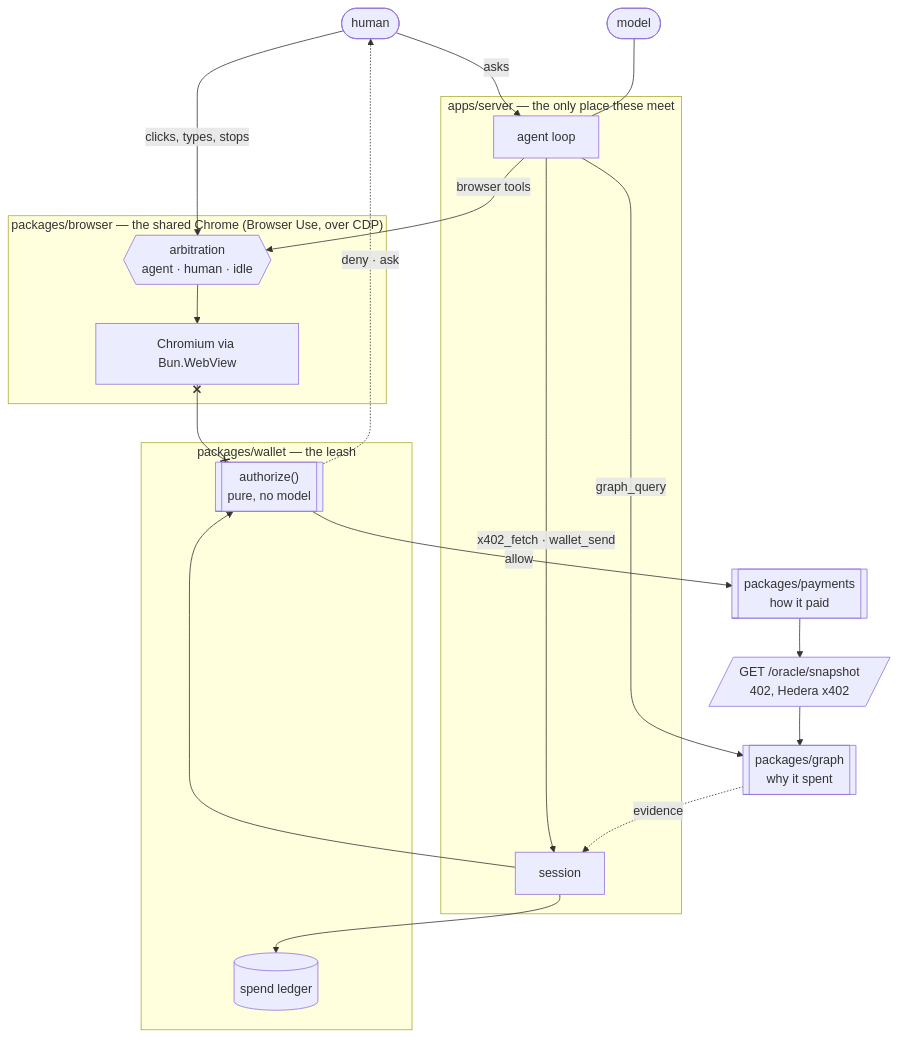
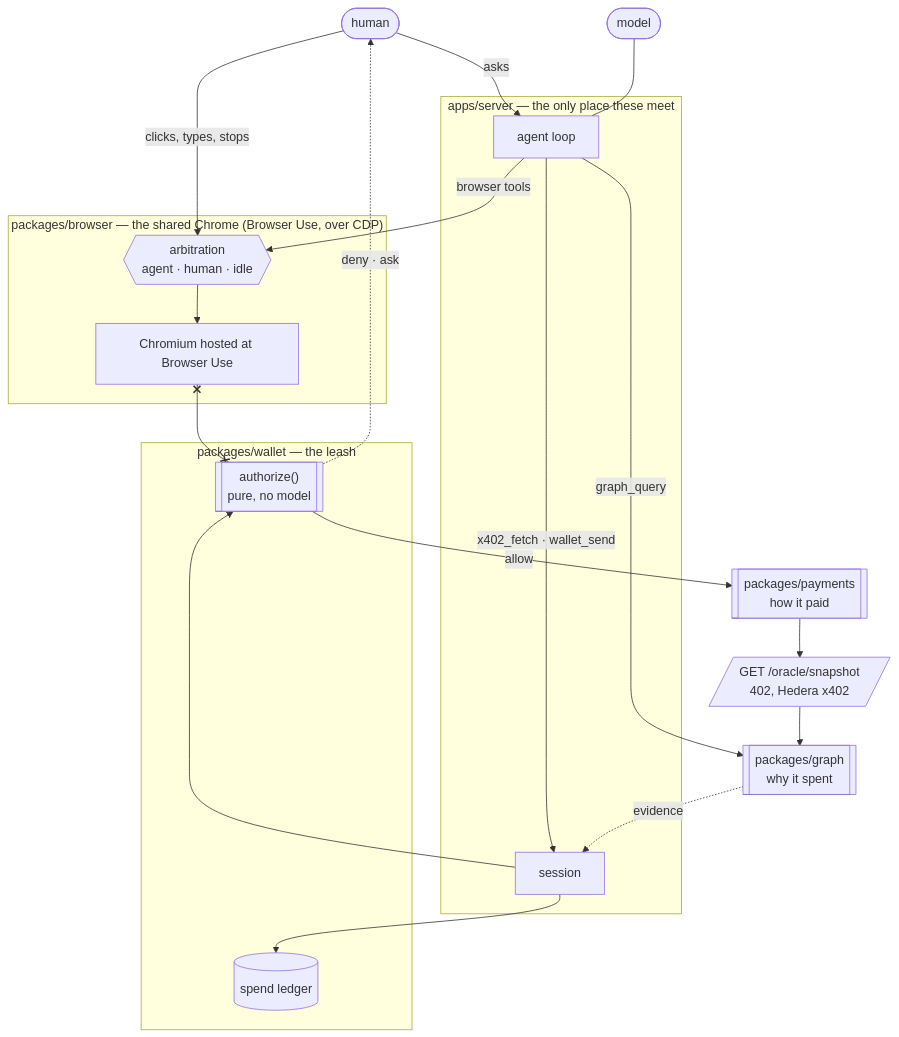
The diagram in README.md (grmkris/Froggy-ETHOnline2026), drawn with Mermaid before and after one commit. The commit also changed other lines of this file, not shown here.

First line of the commit message:
Bring the README up to the tree: hosted Chrome, three destinations, Connections

````diff
--- a/README.md
+++ b/README.md
@@ -54,41 +54,41 @@
 ```mermaid
 flowchart TB
   human([human])
   model([model])
 
   subgraph browser["packages/browser — the shared Chrome (Browser Use, over CDP)"]
-    chrome[Chromium via Bun.WebView]
+    chrome[Chromium hosted at Browser Use]
     arb{{"arbitration<br/>agent · human · idle"}}
   end
 
   subgraph server["apps/server — the only place these meet"]
     loop[agent loop]
     session[session]
   end
 
   subgraph leash["packages/wallet — the leash"]
     policy[["authorize()<br/>pure, no model"]]
     ledger[(spend ledger)]
   end
 
   thegraph[["packages/graph<br/>why it spent"]]
   pay[["packages/payments<br/>how it paid"]]
   oracle[/"GET /oracle/snapshot<br/>402, Hedera x402"/]
 
   human -->|clicks, types, stops| arb
   human -->|asks| loop
   arb --> chrome
   loop -->|browser tools| arb
   loop -->|graph_query| thegraph
   loop -->|"x402_fetch · wallet_send"| session
   session --> policy
   policy -->|allow| pay
   policy -.->|"deny · ask"| human
   session --> ledger
   thegraph -.->|evidence| session
   pay --> oracle
   oracle --> thegraph
   model --- loop
 
   chrome x--x policy
 ```
````
